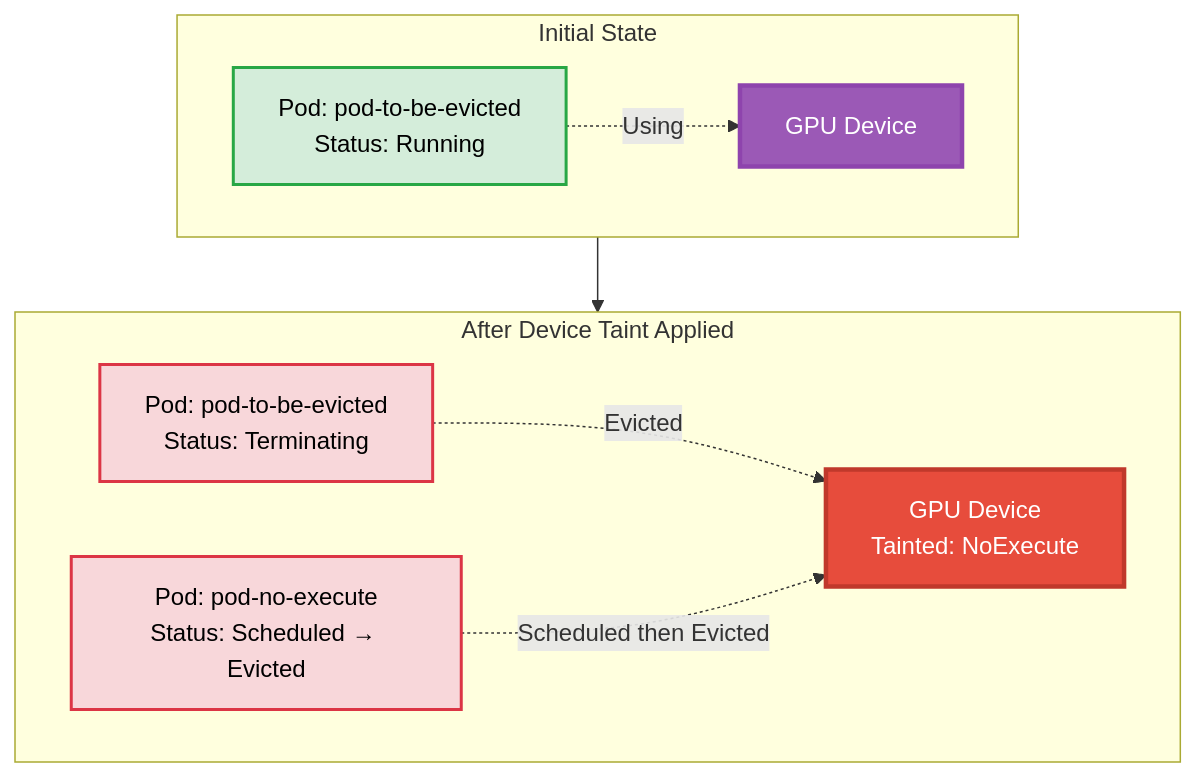
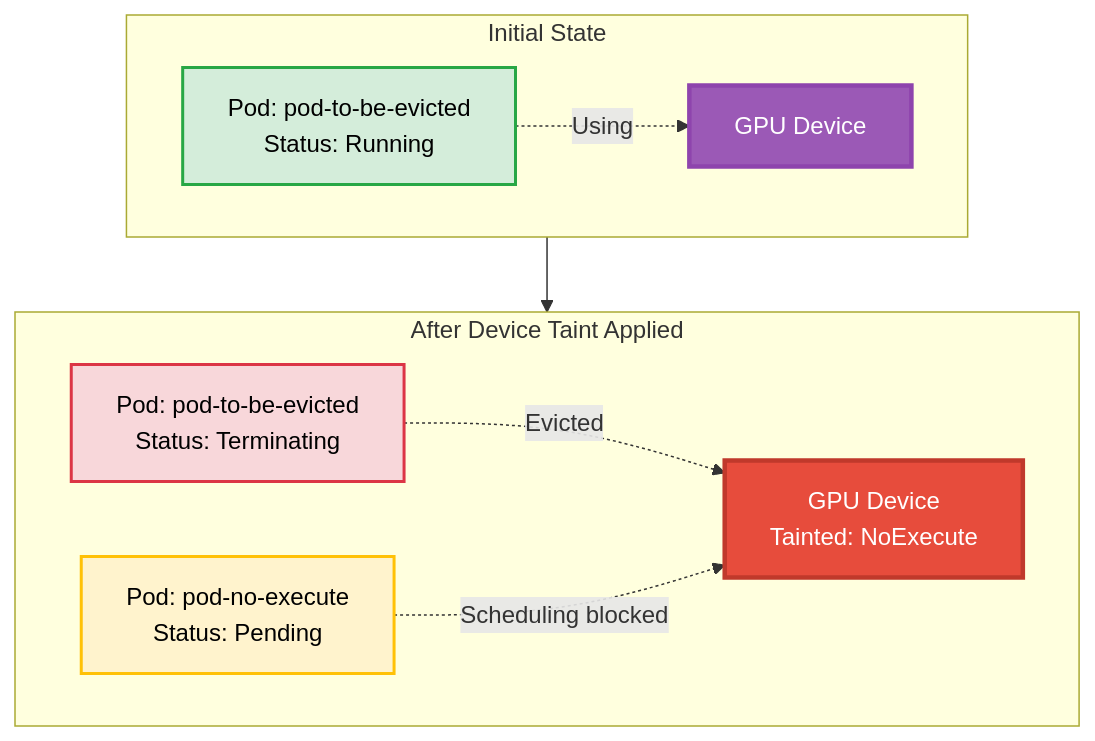
The diagram in demo/examples/device-taints-tolerations/device-taint-pod-noexecute/README.md (kubernetes-sigs/dra-example-driver), drawn with Mermaid before and after one commit. The commit also changed other lines of this file and 7 other files, not shown here.

````diff
--- a/demo/examples/device-taints-tolerations/device-taint-pod-noexecute/README.md
+++ b/demo/examples/device-taints-tolerations/device-taint-pod-noexecute/README.md
@@ -11,24 +11,24 @@
 ```mermaid
 graph TD
     subgraph Initial["Initial State"]
         P1[Pod: pod-to-be-evicted<br/>Status: Running]
         G1[GPU Device]
         P1 -.->|Using| G1
     end
     
     subgraph AfterTaint["After Device Taint Applied"]
         P1E[Pod: pod-to-be-evicted<br/>Status: Terminating]
-        P2[Pod: pod-no-execute<br/>Status: Scheduled → Evicted]
+        P2[Pod: pod-no-execute<br/>Status: Pending]
         G1T[GPU Device<br/>Tainted: NoExecute]
         P1E -.->|Evicted| G1T
-        P2 -.->|Scheduled then Evicted| G1T
+        P2 -.->|Scheduling blocked| G1T
     end
     
     Initial --> AfterTaint
     
     style P1 fill:#d4edda,color:#000,stroke:#28a745,stroke-width:2px
     style P1E fill:#f8d7da,color:#000,stroke:#dc3545,stroke-width:2px
-    style P2 fill:#f8d7da,color:#000,stroke:#dc3545,stroke-width:2px
+    style P2 fill:#fff3cd,color:#000,stroke:#ffc107,stroke-width:2px
     style G1 fill:#9b59b6,color:#fff,stroke:#8e44ad,stroke-width:3px
     style G1T fill:#e74c3c,color:#fff,stroke:#c0392b,stroke-width:3px
 ```
````
